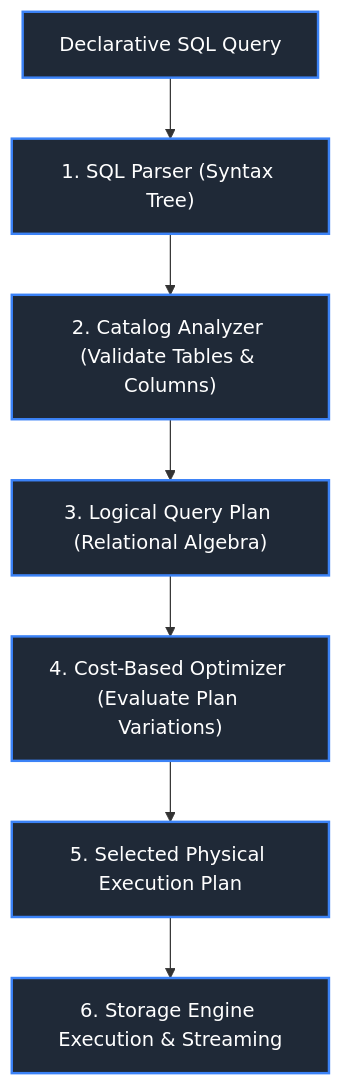
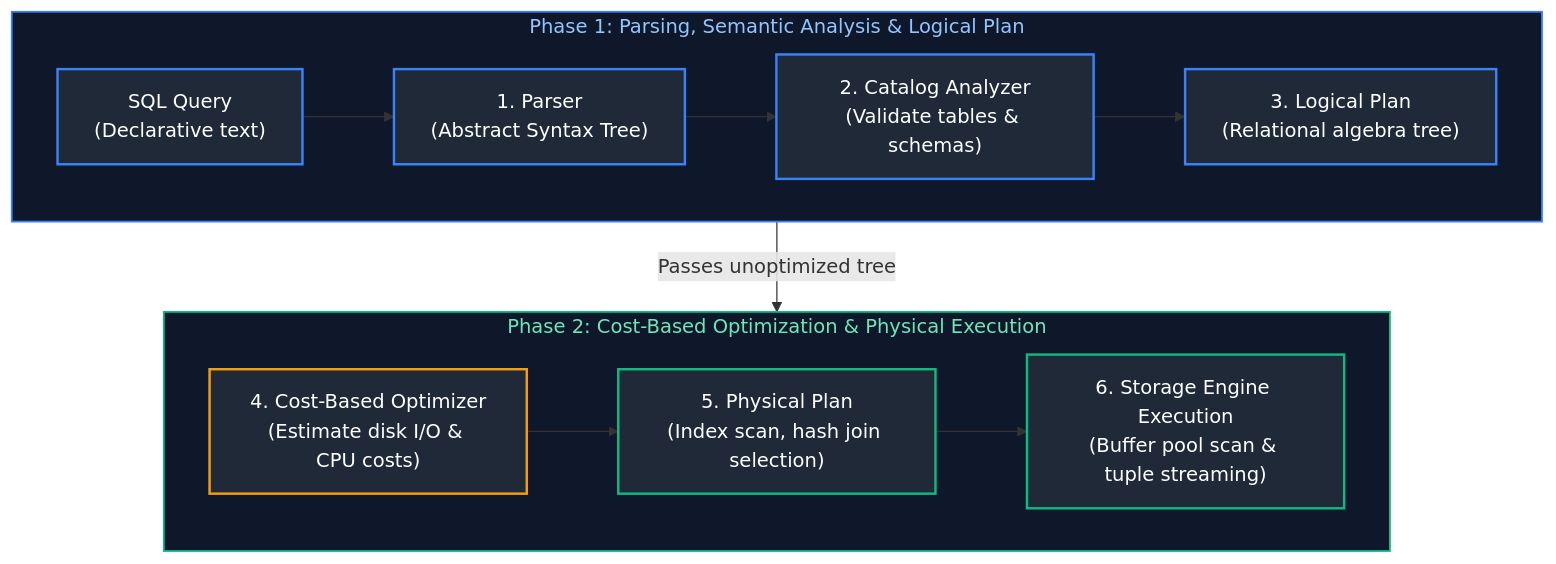
Diagram 16 of 27 in Data Engineering/04_database_internals_and_performance.md (joydeep-biswas/Interview-Preparation), drawn with Mermaid before and after one commit. The commit also changed other lines of this file and 76 other files, not shown here.

Commit message:
Updated Charts

````diff
--- a/Data Engineering/04_database_internals_and_performance.md
+++ b/Data Engineering/04_database_internals_and_performance.md
@@ -957,17 +966,24 @@
 ```mermaid
 flowchart TD
-    SQL["Declarative SQL Query"] --> Parser["1. SQL Parser (Syntax Tree)"]
-    Parser --> Analyzer["2. Catalog Analyzer (Validate Tables & Columns)"]
-    Analyzer --> LogicalPlan["3. Logical Query Plan (Relational Algebra)"]
-    LogicalPlan --> Optimizer["4. Cost-Based Optimizer (Evaluate Plan Variations)"]
-    Optimizer --> PhysicalPlan["5. Selected Physical Execution Plan"]
-    PhysicalPlan --> Executor["6. Storage Engine Execution & Streaming"]
+    subgraph Phase1 ["Phase 1: Parsing, Semantic Analysis & Logical Plan"]
+        direction LR
+        SQL["SQL Query<br/>(Declarative text)"] --> Parser["1. Parser<br/>(Abstract Syntax Tree)"] --> Analyzer["2. Catalog Analyzer<br/>(Validate tables & schemas)"] --> LogicalPlan["3. Logical Plan<br/>(Relational algebra tree)"]
+    end
 
+    subgraph Phase2 ["Phase 2: Cost-Based Optimization & Physical Execution"]
+        direction LR
+        Optimizer["4. Cost-Based Optimizer<br/>(Estimate disk I/O & CPU costs)"] --> PhysicalPlan["5. Physical Plan<br/>(Index scan, hash join selection)"] --> Executor["6. Storage Engine Execution<br/>(Buffer pool scan & tuple streaming)"]
+    end
+
+    LogicalPlan -->|"Passes unoptimized tree"| Optimizer
+
+    style Phase1 fill:#0f172a,stroke:#3b82f6,stroke-width:1.5px,color:#93c5fd
+    style Phase2 fill:#0f172a,stroke:#10b981,stroke-width:1.5px,color:#6ee7b7
     style SQL fill:#1f2937,stroke:#3b82f6,stroke-width:2px,color:#fff
     style Parser fill:#1f2937,stroke:#3b82f6,stroke-width:2px,color:#fff
     style Analyzer fill:#1f2937,stroke:#3b82f6,stroke-width:2px,color:#fff
     style LogicalPlan fill:#1f2937,stroke:#3b82f6,stroke-width:2px,color:#fff
-    style Optimizer fill:#1f2937,stroke:#3b82f6,stroke-width:2px,color:#fff
-    style PhysicalPlan fill:#1f2937,stroke:#3b82f6,stroke-width:2px,color:#fff
-    style Executor fill:#1f2937,stroke:#3b82f6,stroke-width:2px,color:#fff
+    style Optimizer fill:#1f2937,stroke:#f59e0b,stroke-width:2px,color:#fff
+    style PhysicalPlan fill:#1f2937,stroke:#10b981,stroke-width:2px,color:#fff
+    style Executor fill:#1f2937,stroke:#10b981,stroke-width:2px,color:#fff
 ```
````
